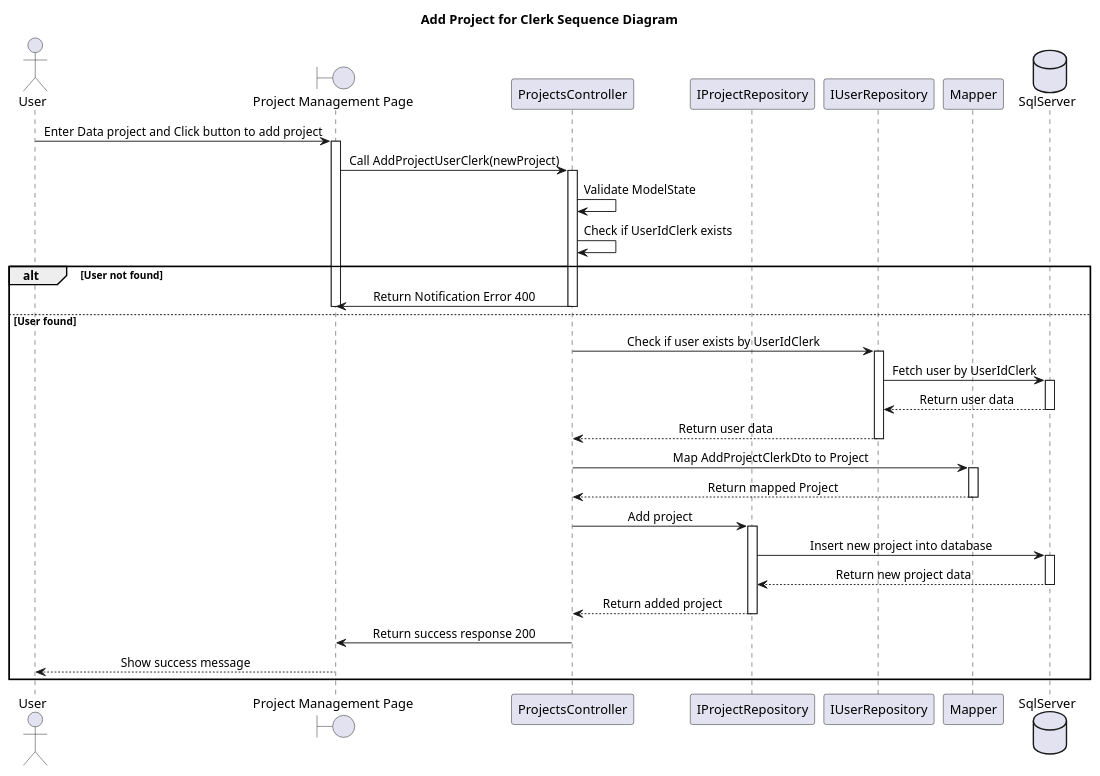
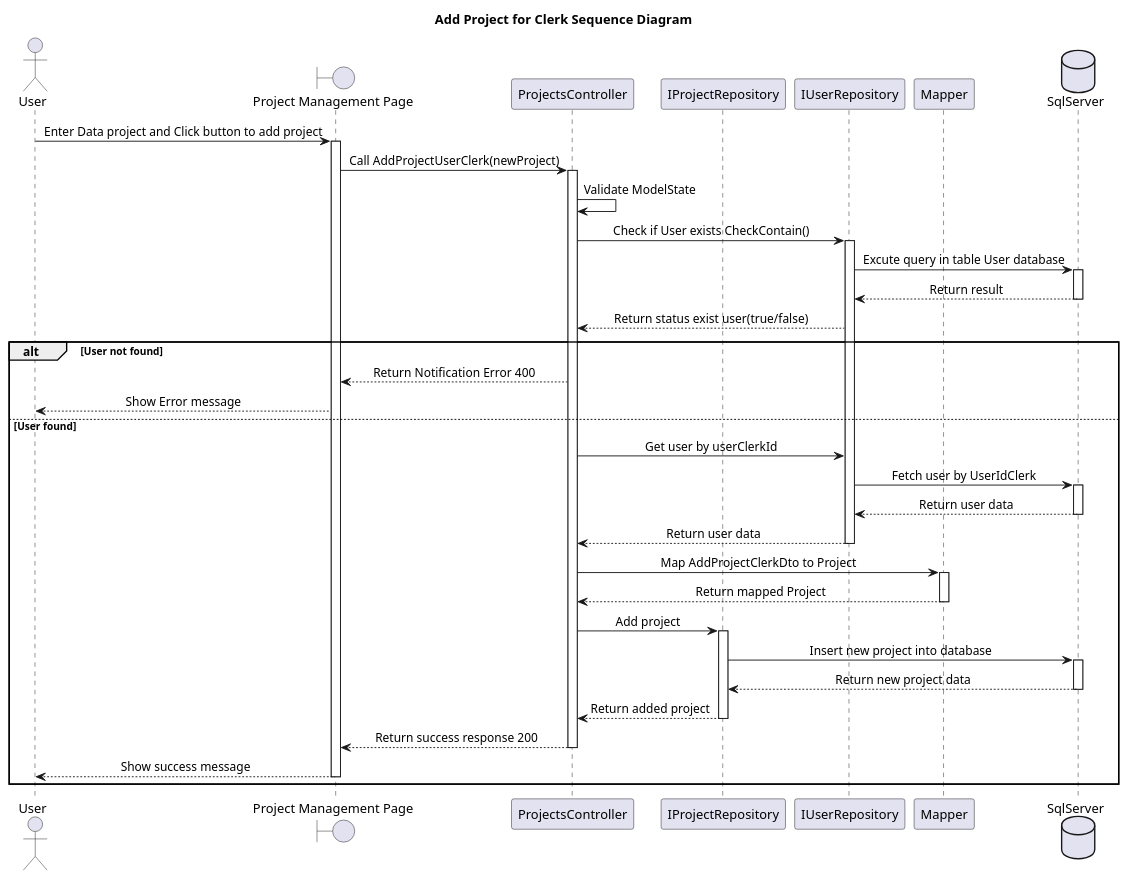
The diagram in ClassDiagram/ProjectManagement/AddProjectSequenceDiagram.plantuml (Caothuludau/InSyncDocument), drawn with PlantUML before and after one commit. The commit also changed 53 other files, not shown here.

Commit message:
update diagram

```diff
--- a/ClassDiagram/ProjectManagement/AddProjectSequenceDiagram.plantuml
+++ b/ClassDiagram/ProjectManagement/AddProjectSequenceDiagram.plantuml
@@ -1,55 +1,61 @@
 @startuml
 skinparam classAttributeIconSize 0
 skinparam SequenceMessageAlignment center
 Title Add Project for Clerk Sequence Diagram
 
 actor "User" as U
 boundary "Project Management Page" as Hp
 participant "ProjectsController" as ProController
 participant "IProjectRepository" as IProRepo
 participant "IUserRepository" as IUserRepo
 participant "Mapper" as Mapper
 database "SqlServer" as Db
 
 U -> Hp : Enter Data project and Click button to add project
 activate Hp
 
 Hp -> ProController : Call AddProjectUserClerk(newProject)
 activate ProController
 ProController -> ProController : Validate ModelState
-ProController -> ProController : Check if UserIdClerk exists
+    ProController -> IUserRepo : Check if User exists CheckContain()
+    activate IUserRepo
+    IUserRepo -> Db : Excute query in table User database
+    activate Db
+    Db --> IUserRepo : Return result
+    deactivate Db
+    IUserRepo --> ProController : Return status exist user(true/false) 
+
 alt User not found
-    ProController -> Hp : Return Notification Error 400
-    deactivate Hp
-    deactivate ProController
+    ProController --> Hp : Return Notification Error 400
+    Hp --> U : Show Error message
 else User found
-    ProController -> IUserRepo : Check if user exists by UserIdClerk
-    activate IUserRepo
+    ProController -> IUserRepo : Get user by userClerkId
+
     IUserRepo -> Db : Fetch user by UserIdClerk
     activate Db
     Db --> IUserRepo : Return user data
     deactivate Db
     IUserRepo --> ProController : Return user data
     deactivate IUserRepo
 
     ProController -> Mapper : Map AddProjectClerkDto to Project
     activate Mapper
     Mapper --> ProController : Return mapped Project
     deactivate Mapper
 
     ProController -> IProRepo : Add project
     activate IProRepo
     IProRepo -> Db : Insert new project into database
     activate Db
     Db --> IProRepo : Return new project data
     deactivate Db
     IProRepo --> ProController : Return added project
     deactivate IProRepo
 
-    ProController -> Hp : Return success response 200
+    ProController --> Hp : Return success response 200
     deactivate ProController
     Hp --> U : Show success message
     deactivate Hp
 end
 
 @enduml
```
